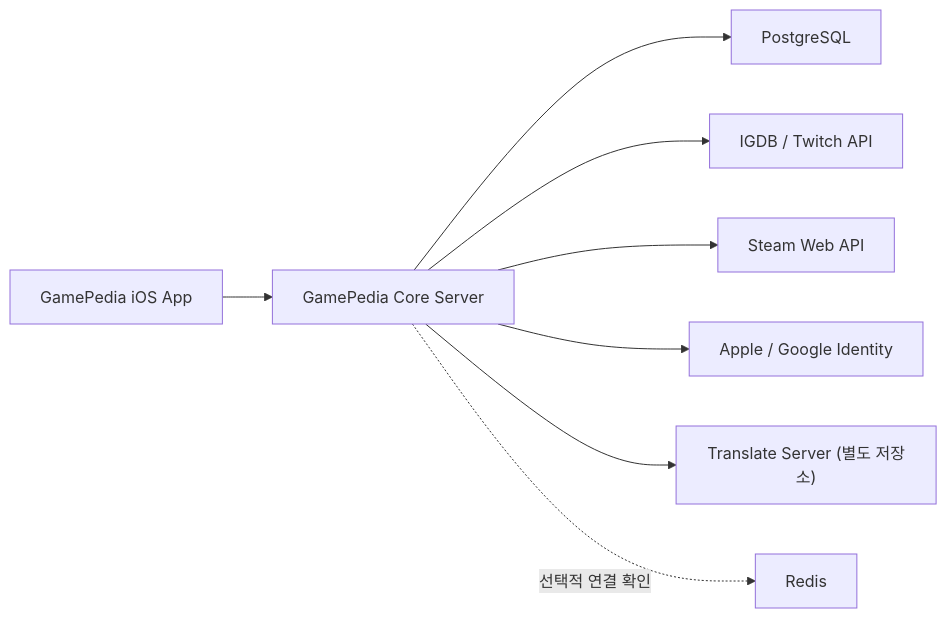
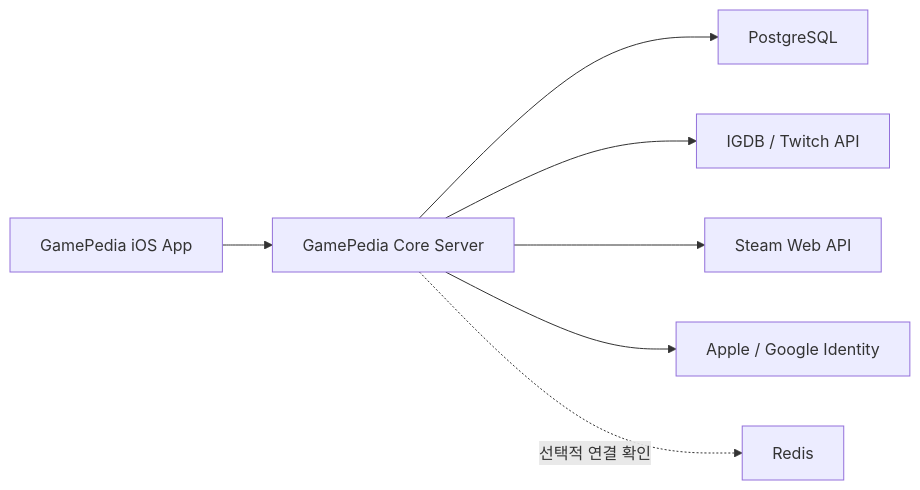
The diagram in README.md (HwangSeokBeom/GamepediaCoreServer), drawn with Mermaid before and after one commit. The commit also changed other lines of this file and 58 other files, not shown here.

````diff
--- a/README.md
+++ b/README.md
@@ -47,10 +47,9 @@
 ```mermaid
 flowchart LR
     A["GamePedia iOS App"] --> B["GamePedia Core Server"]
     B --> C["PostgreSQL"]
     B --> D["IGDB / Twitch API"]
     B --> E["Steam Web API"]
     B --> F["Apple / Google Identity"]
-    B --> G["Translate Server (별도 저장소)"]
     B -. 선택적 연결 확인 .-> H["Redis"]
 ```
````
